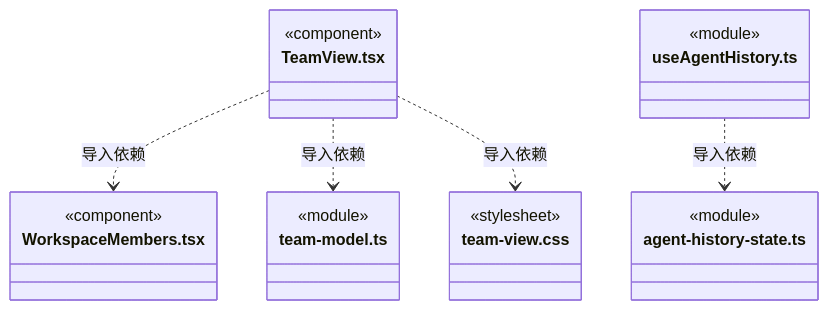
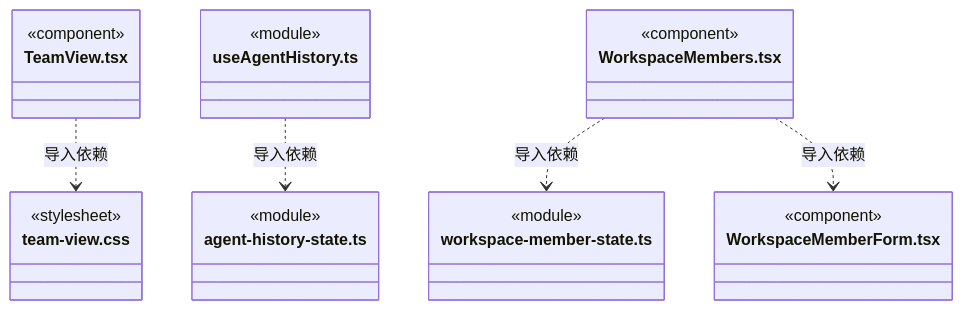
One commit to nan023062/cbim changed diagram 27 of 28 in src/frontend/team/ARCHITECTURE.md. Above: the diagram before and after it, drawn with Mermaid. The commit also changed other lines of this file and 81 other files, not shown here.

````diff
--- a/src/frontend/team/ARCHITECTURE.md
+++ b/src/frontend/team/ARCHITECTURE.md
@@ -432,25 +484,28 @@
 ```mermaid
 classDiagram
 class N_src_frontend_team_TeamView_tsx["TeamView.tsx"] {
   <<component>>
-}
-class N_src_frontend_team_WorkspaceMembers_tsx["WorkspaceMembers.tsx"] {
-  <<component>>
-}
-class N_src_frontend_team_team_model_ts["team-model.ts"] {
-  <<module>>
 }
 class N_src_frontend_team_team_view_css["team-view.css"] {
   <<stylesheet>>
 }
 class N_src_frontend_team_useAgentHistory_ts["useAgentHistory.ts"] {
   <<module>>
 }
 class N_src_frontend_team_agent_history_state_ts["agent-history-state.ts"] {
   <<module>>
 }
-N_src_frontend_team_TeamView_tsx ..> N_src_frontend_team_WorkspaceMembers_tsx : 导入依赖
-N_src_frontend_team_TeamView_tsx ..> N_src_frontend_team_team_model_ts : 导入依赖
+class N_src_frontend_team_WorkspaceMembers_tsx["WorkspaceMembers.tsx"] {
+  <<component>>
+}
+class N_src_frontend_team_workspace_member_state_ts["workspace-member-state.ts"] {
+  <<module>>
+}
+class N_src_frontend_team_WorkspaceMemberForm_tsx["WorkspaceMemberForm.tsx"] {
+  <<component>>
+}
 N_src_frontend_team_TeamView_tsx ..> N_src_frontend_team_team_view_css : 导入依赖
 N_src_frontend_team_useAgentHistory_ts ..> N_src_frontend_team_agent_history_state_ts : 导入依赖
+N_src_frontend_team_WorkspaceMembers_tsx ..> N_src_frontend_team_workspace_member_state_ts : 导入依赖
+N_src_frontend_team_WorkspaceMembers_tsx ..> N_src_frontend_team_WorkspaceMemberForm_tsx : 导入依赖
 ```
````
